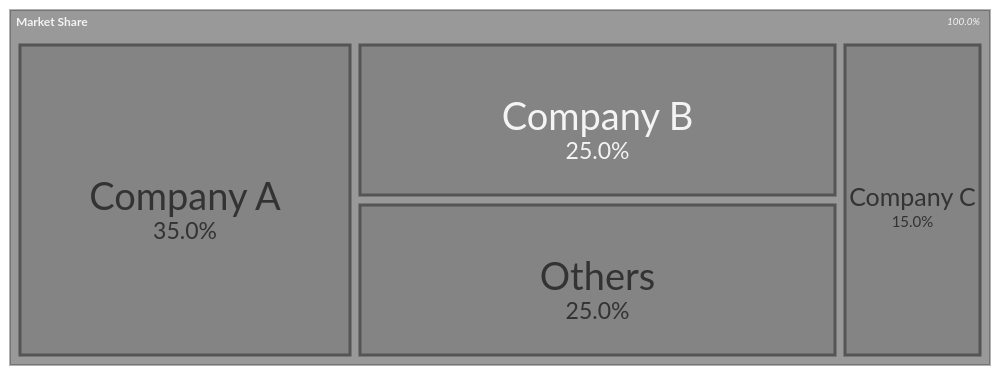
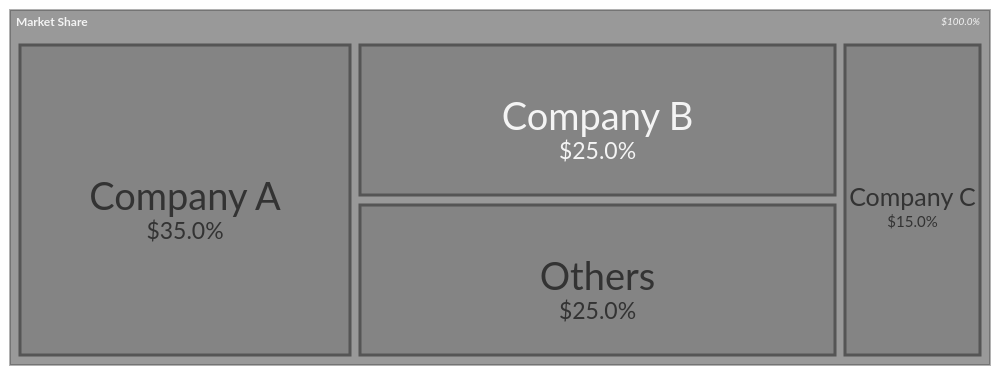
The eighth of 8 diagrams in docs/syntax/treemap.md (mermaid-js/mermaid), drawn with Mermaid (neutral theme) before and after one commit. The commit also changed other lines of this file and 4 other files, not shown here.

````diff
--- a/docs/syntax/treemap.md
+++ b/docs/syntax/treemap.md
@@ -312,9 +312,13 @@
 ```mermaid
-%%{init: {'treemap': {'valueFormat': '.1%'}}}%%
+---
+config:
+  treemap:
+    valueFormat: '$.1%'
+---
 treemap
 "Market Share"
     "Company A": 0.35
     "Company B": 0.25
     "Company C": 0.15
     "Others": 0.25
 ```
````
